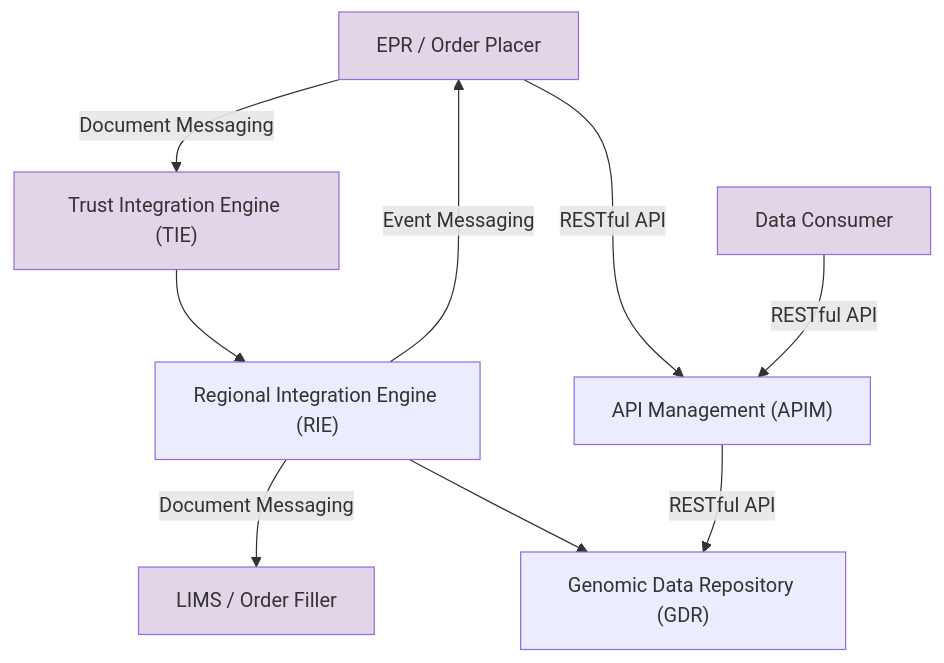
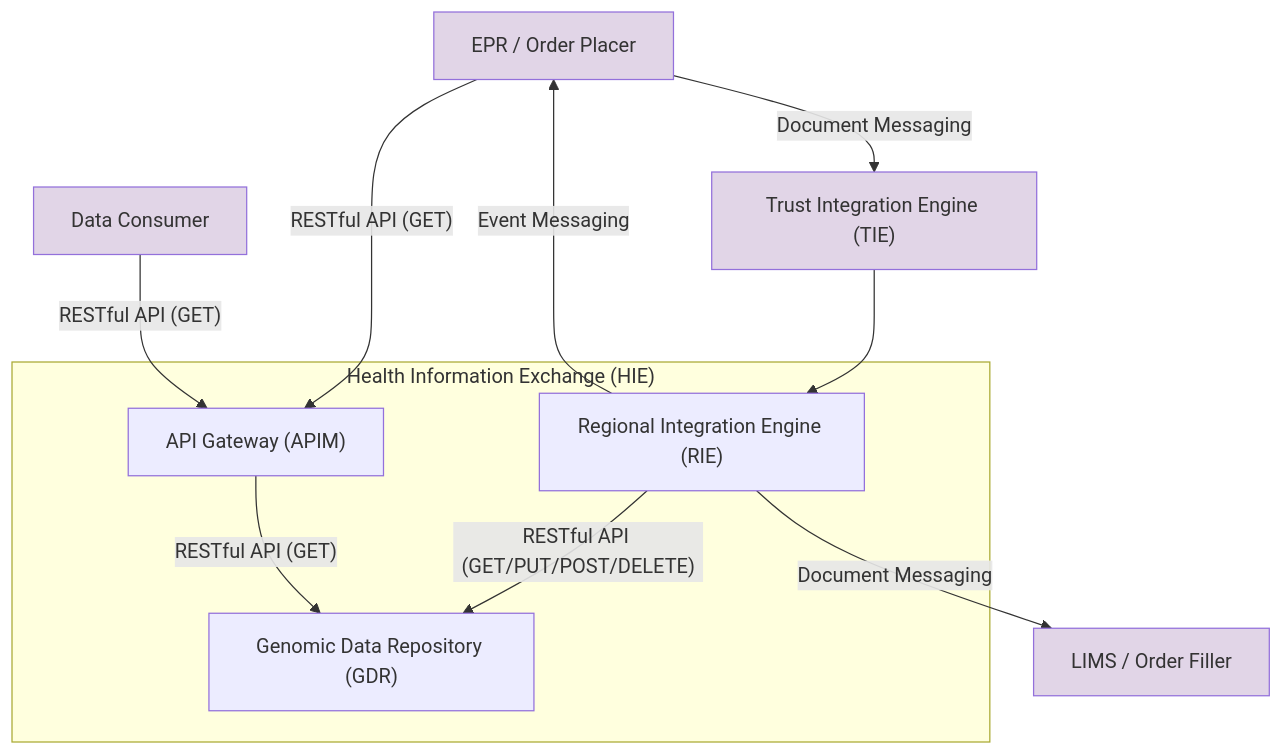
One commit to uk-gov-mirror/nw-gmsa.nw-gmsa.github.com changed the first of 6 diagrams in input/pagecontent/exchange.md. Above: the diagram before and after it, drawn with Mermaid. The commit also changed other lines of this file, not shown here.

Commit message:
Specimen

````diff
--- a/input/pagecontent/exchange.md
+++ b/input/pagecontent/exchange.md
@@ -94,23 +94,26 @@
 ```mermaid
 graph TD
 
 EPR[EPR / Order Placer]
 TIE["Trust Integration Engine (TIE)"]
-RIE["Regional Integration Engine (RIE)"]
+subgraph HIE["Health Information Exchange (HIE)"]
+    RIE["Regional Integration Engine (RIE)"]
+    GDR["Genomic Data Repository (GDR)"]
+   APIM["API Gateway (APIM)"]
+end
 LIMS[LIMS / Order Filler]
-GDR["Genomic Data Repository (GDR)"]
 DC["Data Consumer"]
-HIE["API Management (APIM)"]
+
 
 EPR --> |Document Messaging| TIE
 TIE --> RIE
 RIE --> |Document Messaging| LIMS
-RIE --> GDR
+RIE --> |"RESTful API (GET/PUT/POST/DELETE)"| GDR
 RIE --> |Event Messaging| EPR
-EPR --> |RESTful API| HIE
-DC --> |RESTful API| HIE
-HIE -->|RESTful API| GDR 
+EPR --> |"RESTful API (GET)"| APIM
+DC --> |"RESTful API (GET)"| APIM
+APIM --> |"RESTful API (GET)"| GDR 
 
 classDef purple fill:#E1D5E7;
 class EPR,TIE,LIMS,DC purple
 ```
````
